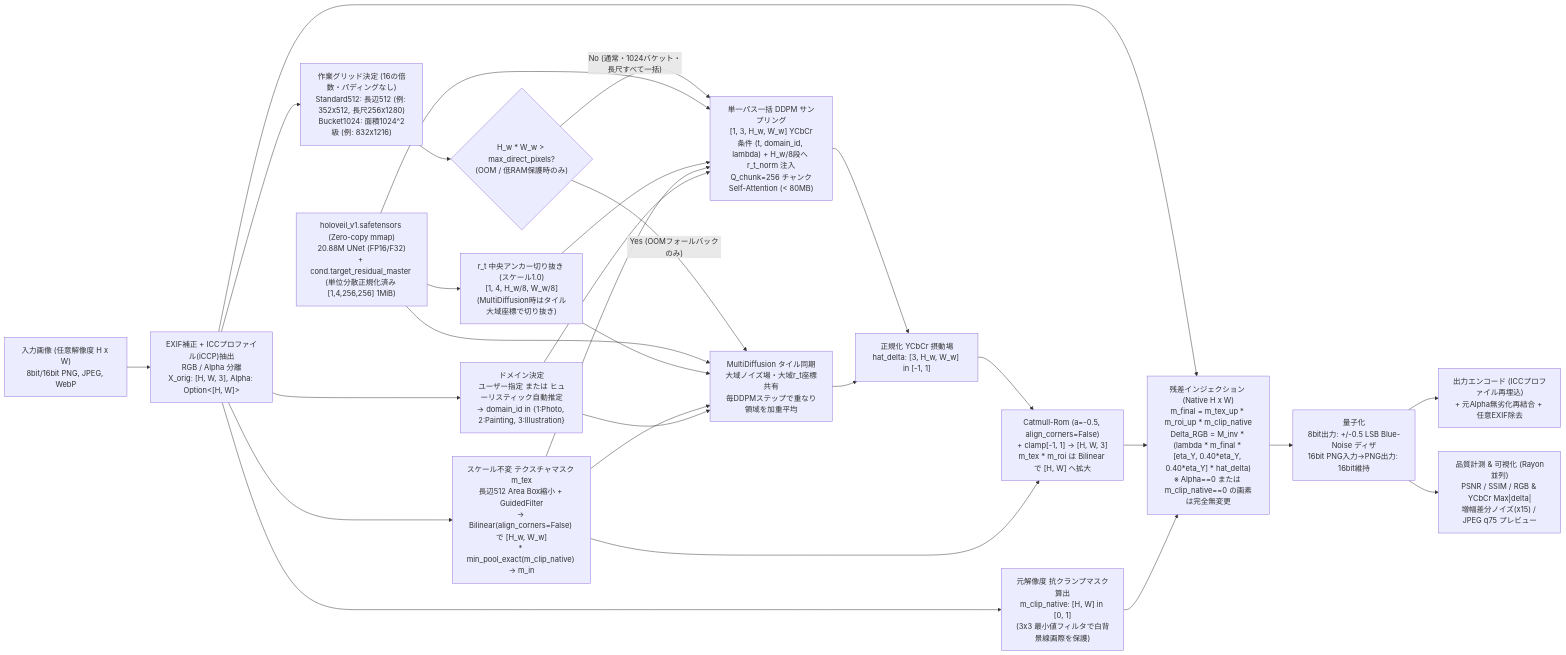
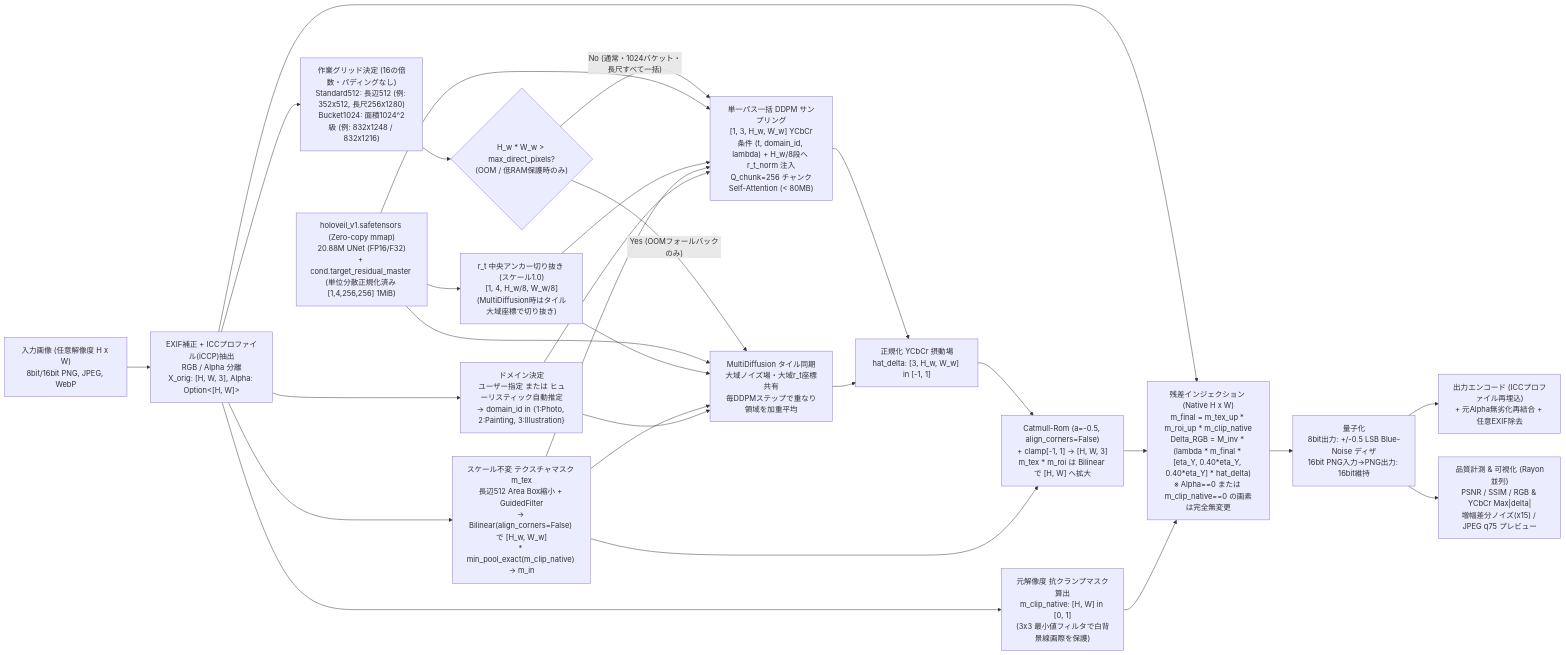
One commit to DebugEndless/holoveil changed the second of 2 diagrams in docs/DESIGN.md. Above: the diagram before and after it, drawn with Mermaid. The commit also changed other lines of this file and 8 other files, not shown here.

````diff
--- a/docs/DESIGN.md
+++ b/docs/DESIGN.md
@@ -97,40 +97,40 @@
 ```mermaid
 flowchart LR
     In["入力画像 (任意解像度 H x W)\n8bit/16bit PNG, JPEG, WebP"] --> Decode["EXIF補正 + ICCプロファイル(iCCP)抽出\nRGB / Alpha 分離\nX_orig: [H, W, 3], Alpha: Option<[H, W]>"]
 
     Decode --> DomainEst["ドメイン決定\nユーザー指定 または ヒューリスティック自動推定\n-> domain_id in {1:Photo, 2:Painting, 3:Illustration}"]
     Decode --> NativeClip["元解像度 抗クランプマスク算出\nm_clip_native: [H, W] in [0, 1]\n(3x3 最小値フィルタで白背景線画際を保護)"]
 
-    Decode --> Planner["作業グリッド決定 (16の倍数・パディングなし)\nStandard512: 長辺512 (例: 352x512, 長尺256x1280)\nBucket1024: 面積1024^2級 (例: 832x1216)"]
+    Decode --> Planner["作業グリッド決定 (16の倍数・パディングなし)\nStandard512: 長辺512 (例: 352x512, 長尺256x1280)\nBucket1024: 面積1024^2級 (例: 832x1248 / 832x1216)"]
 
     Decode --> WorkMask["スケール不変 テクスチャマスク m_tex\n長辺512 Area Box縮小 + GuidedFilter\n-> Bilinear(align_corners=False) で [H_w, W_w]\n* min_pool_exact(m_clip_native) -> m_in"]
 
     Model["holoveil_v1.safetensors (Zero-copy mmap)\n20.88M UNet (FP16/F32)\n+ cond.target_residual_master (単位分散正規化済み [1,4,256,256] 1MiB)"] --> SliceRT["r_t 中央アンカー切り抜き (スケール1.0)\n[1, 4, H_w/8, W_w/8]\n(MultiDiffusion時はタイル大域座標で切り抜き)"]
 
     Planner --> Branch{"H_w * W_w > max_direct_pixels?\n(OOM / 低RAM保護時のみ)"}
     Branch -->|"No (通常・1024バケット・長尺すべて一括)"| Single["単一パス一括 DDPM サンプリング\n[1, 3, H_w, W_w] YCbCr\n条件 (t, domain_id, lambda) + H_w/8段へ r_t_norm 注入\nQ_chunk=256 チャンクSelf-Attention (< 80MB)"]
     Branch -->|"Yes (OOMフォールバックのみ)"| Multi["MultiDiffusion タイル同期\n大域ノイズ場・大域r_t座標共有\n毎DDPMステップで重なり領域を加重平均"]
 
     Model --> Single
     Model --> Multi
     SliceRT --> Single
     SliceRT --> Multi
     WorkMask --> Single
     WorkMask --> Multi
     DomainEst --> Single
     DomainEst --> Multi
 
     Single --> ResField["正規化 YCbCr 摂動場\nhat_delta: [3, H_w, W_w] in [-1, 1]"]
     Multi --> ResField
 
     ResField --> Up["Catmull-Rom (a=-0.5, align_corners=False)\n+ clamp[-1, 1] -> [H, W, 3]\nm_tex * m_roi は Bilinear で [H, W] へ拡大"]
     WorkMask --> Up
 
     Decode --> Inject["残差インジェクション (Native H x W)\nm_final = m_tex_up * m_roi_up * m_clip_native\nDelta_RGB = M_inv * (lambda * m_final * [eta_Y, 0.40*eta_Y, 0.40*eta_Y] * hat_delta)\n※ Alpha==0 または m_clip_native==0 の画素は完全無変更"]
     Up --> Inject
     NativeClip --> Inject
 
     Inject --> Dither["量子化\n8bit出力: +/-0.5 LSB Blue-Noise ディザ\n16bit PNG入力->PNG出力: 16bit維持"]
     Dither --> Out["出力エンコード (ICCプロファイル再埋込)\n+ 元Alpha無劣化再結合 + 任意EXIF除去"]
     Dither --> Eval["品質計測 & 可視化 (Rayon並列)\nPSNR / SSIM / RGB & YCbCr Max|delta|\n増幅差分ノイズ(x15) / JPEG q75 プレビュー"]
 ```
````
